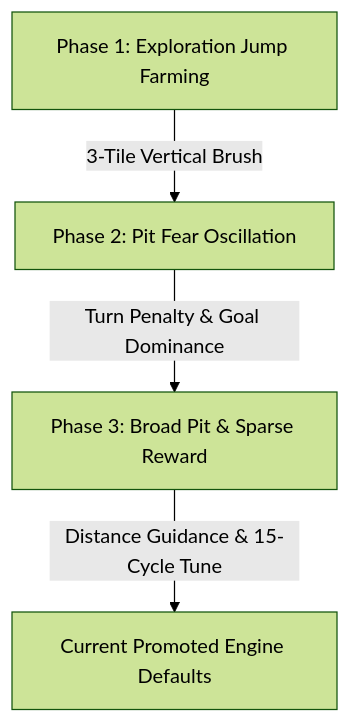
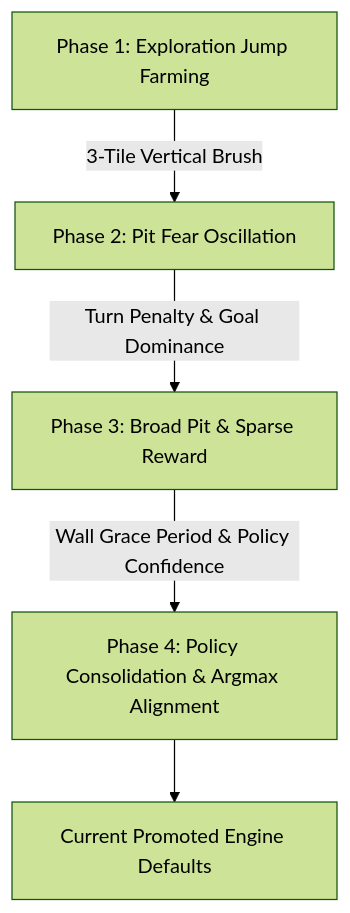
Before and after one commit to dante-ferr/ai-delver: the diagram in docs/src/engineering/fine_tuning_history.md, drawn with Mermaid (forest theme). The commit also changed other lines of this file and 4 other files, not shown here.

Commit message:
feat(intelligence): implement wall grace period, policy confidence metrics, and document Phase 4 fine-tuning history

````diff
--- a/docs/src/engineering/fine_tuning_history.md
+++ b/docs/src/engineering/fine_tuning_history.md
@@ -9,6 +9,7 @@
 ```mermaid
 flowchart TD
     P1[Phase 1: Exploration Jump Farming] -->|3-Tile Vertical Brush| P2[Phase 2: Pit Fear Oscillation]
     P2 -->|Turn Penalty & Goal Dominance| P3[Phase 3: Broad Pit & Sparse Reward]
-    P3 -->|Distance Guidance & 15-Cycle Tune| Promoted[Current Promoted Engine Defaults]
+    P3 -->|Wall Grace Period & Policy Confidence| P4[Phase 4: Policy Consolidation & Argmax Alignment]
+    P4 --> Promoted[Current Promoted Engine Defaults]
 ```
````
